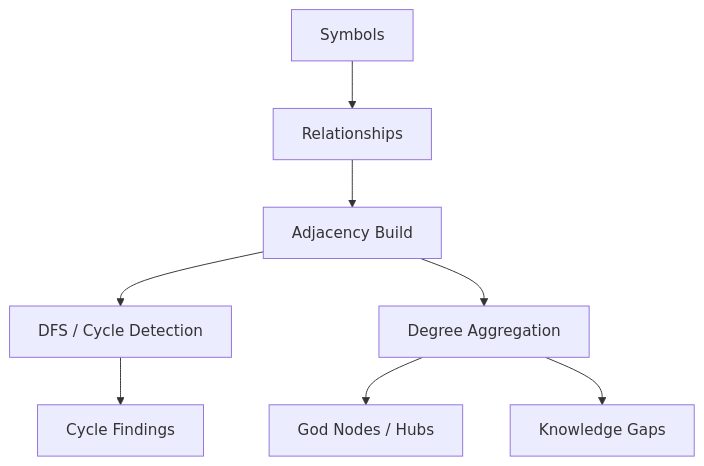
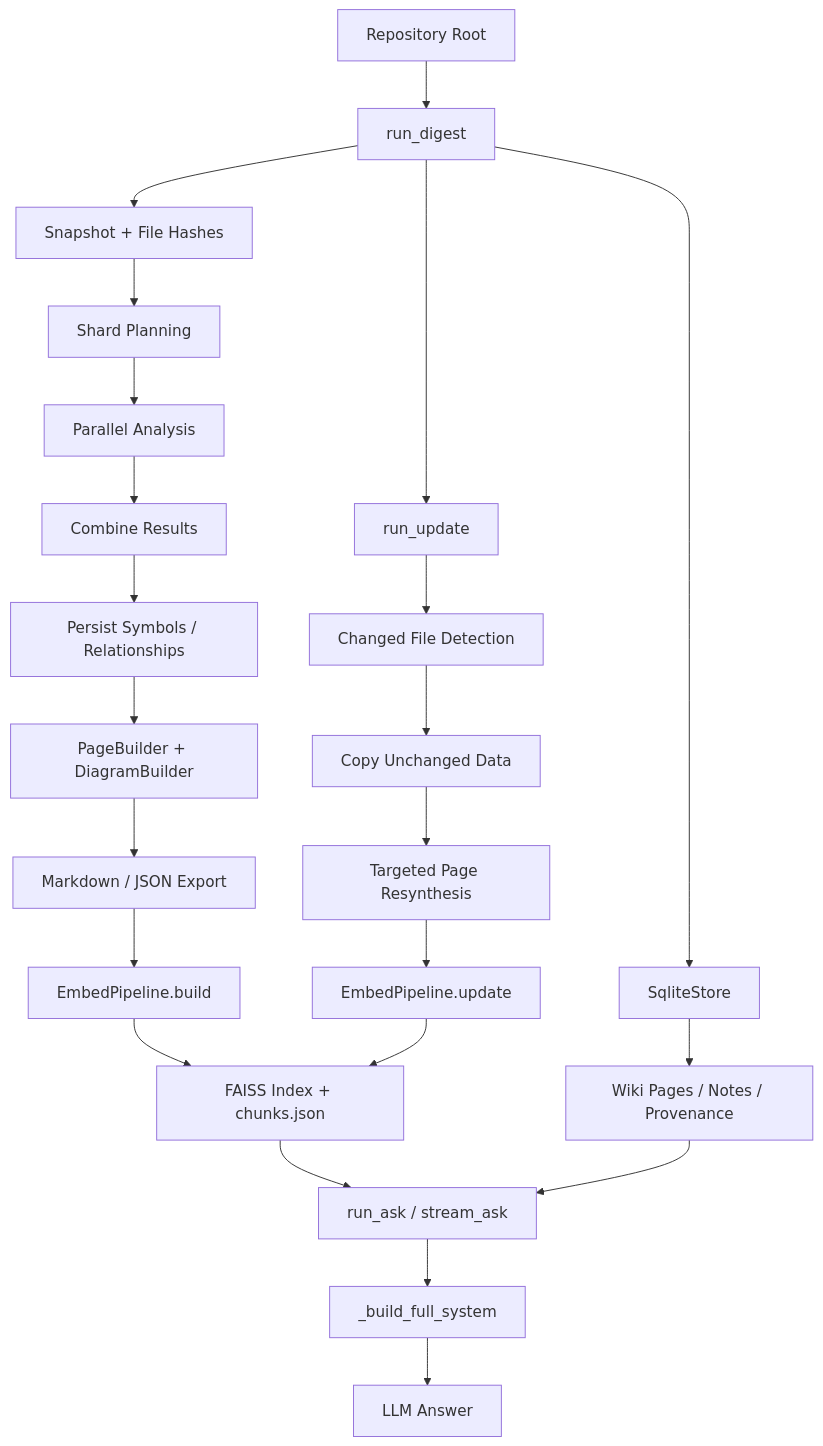
Before and after one commit to actions-marketplace-validations/unrealandychan_rekipedia: the second of 2 diagrams in .rekipedia/wiki/algorithms.md, drawn with Mermaid. The commit also changed other lines of this file and 13 other files, not shown here.

````diff
--- a/.rekipedia/wiki/algorithms.md
+++ b/.rekipedia/wiki/algorithms.md
@@ -236,10 +396,25 @@
 ```mermaid
 flowchart TD
-    A[Symbols] --> B[Relationships]
-    B --> C[Adjacency Build]
-    C --> D[DFS / Cycle Detection]
-    C --> E[Degree Aggregation]
-    D --> F[Cycle Findings]
-    E --> G[God Nodes / Hubs]
-    E --> H[Knowledge Gaps]
+    A[Repository Root] --> B[run_digest]
+    B --> C[Snapshot + File Hashes]
+    C --> D[Shard Planning]
+    D --> E[Parallel Analysis]
+    E --> F[Combine Results]
+    F --> G[Persist Symbols / Relationships]
+    G --> H[PageBuilder + DiagramBuilder]
+    H --> I[Markdown / JSON Export]
+    I --> J[EmbedPipeline.build]
+    J --> K[FAISS Index + chunks.json]
+    B --> L[SqliteStore]
+    L --> M[Wiki Pages / Notes / Provenance]
+    K --> N[run_ask / stream_ask]
+    M --> N
+    N --> O[_build_full_system]
+    O --> P[LLM Answer]
+    B --> Q[run_update]
+    Q --> R[Changed File Detection]
+    R --> S[Copy Unchanged Data]
+    S --> T[Targeted Page Resynthesis]
+    T --> U[EmbedPipeline.update]
+    U --> K
 ```
````
